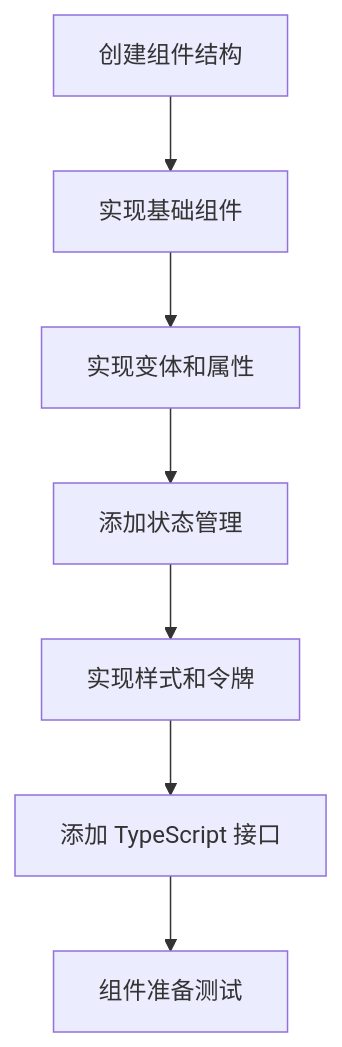
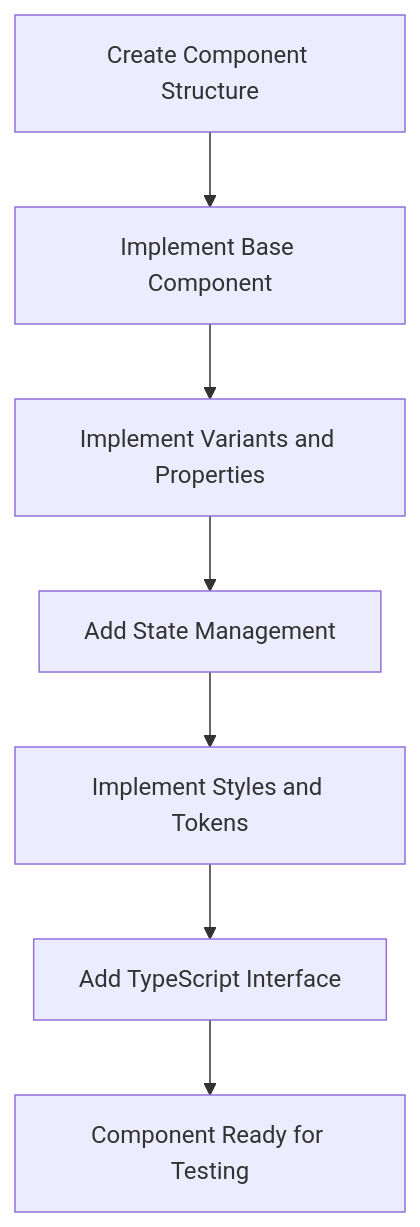
Before and after one commit to mastergo-design/mastergo-magic-mcp: the third of 5 diagrams in src/markdown/component-workflow.md, drawn with Mermaid. The commit also changed other lines of this file and 1 other file, not shown here.

First line of the commit message:
refactor: update component documentation for clarity and consistency

````diff
--- a/src/markdown/component-workflow.md
+++ b/src/markdown/component-workflow.md
@@ -52,9 +52,9 @@
 ```mermaid
 graph TD
-    B1[创建组件结构] --> B2[实现基础组件]
-    B2 --> B3[实现变体和属性]
-    B3 --> B4[添加状态管理]
-    B4 --> B5[实现样式和令牌]
-    B5 --> B6[添加 TypeScript 接口]
-    B6 --> B7[组件准备测试]
+    B1[Create Component Structure] --> B2[Implement Base Component]
+    B2 --> B3[Implement Variants and Properties]
+    B3 --> B4[Add State Management]
+    B4 --> B5[Implement Styles and Tokens]
+    B5 --> B6[Add TypeScript Interface]
+    B6 --> B7[Component Ready for Testing]
 ```
````
